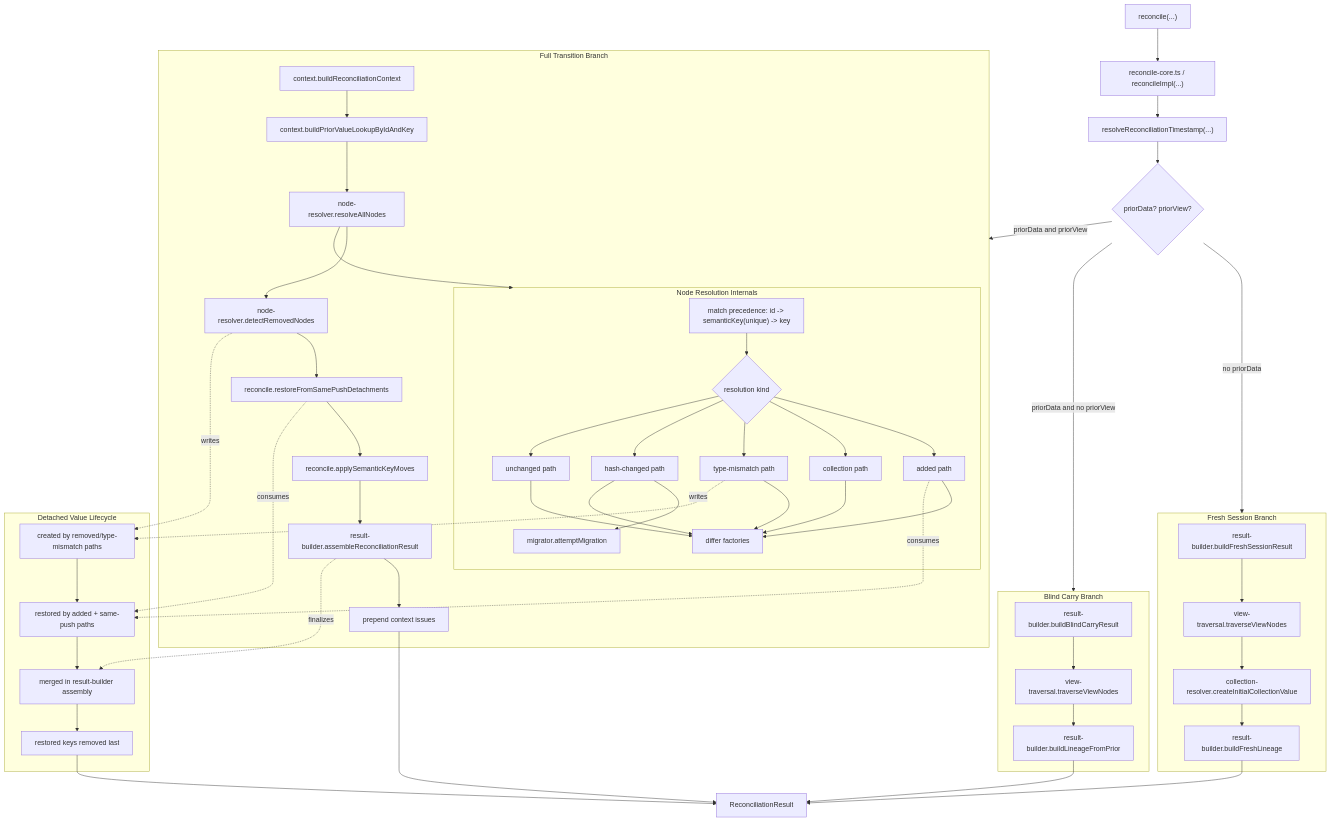
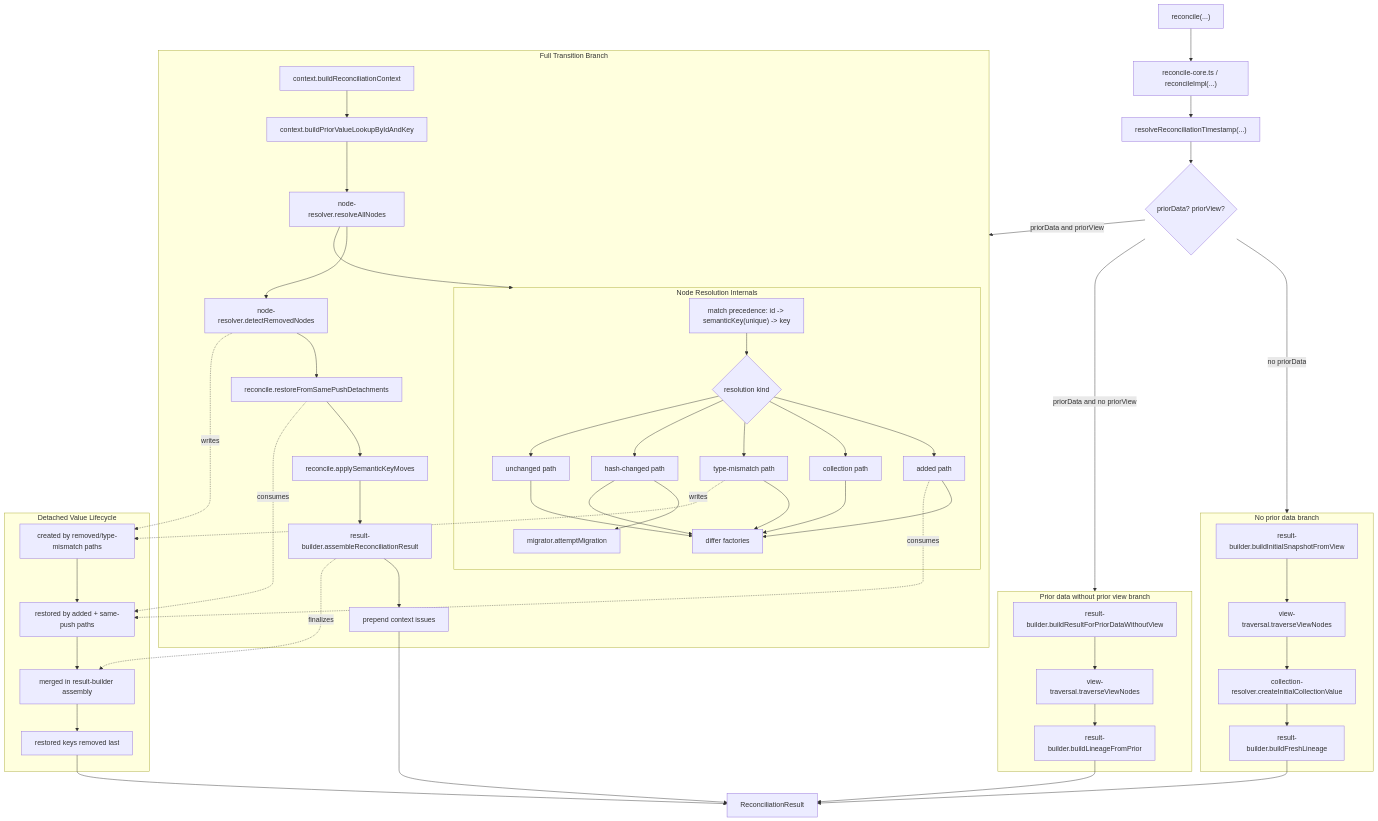
The diagram in packages/runtime/src/lib/reconciliation/README.md (brytoncooper/continuum-dev), drawn with Mermaid before and after one commit. The commit also changed other lines of this file and 26 other files, not shown here.

```diff
--- a/packages/runtime/src/lib/reconciliation/README.md
+++ b/packages/runtime/src/lib/reconciliation/README.md
@@ -68,16 +68,16 @@
 
   reconcile --> core --> time --> branch
 
-  subgraph Fresh["Fresh Session Branch"]
-    freshBuild["result-builder.buildFreshSessionResult"]
+  subgraph Fresh["No prior data branch"]
+    freshBuild["result-builder.buildInitialSnapshotFromView"]
     freshTraverse["view-traversal.traverseViewNodes"]
     freshDefaults["collection-resolver.createInitialCollectionValue"]
     freshLineage["result-builder.buildFreshLineage"]
     freshBuild --> freshTraverse --> freshDefaults --> freshLineage
   end
 
-  subgraph Blind["Blind Carry Branch"]
-    blindBuild["result-builder.buildBlindCarryResult"]
+  subgraph Blind["Prior data without prior view branch"]
+    blindBuild["result-builder.buildResultForPriorDataWithoutView"]
     blindTraverse["view-traversal.traverseViewNodes"]
     blindLineage["result-builder.buildLineageFromPrior"]
     blindBuild --> blindTraverse --> blindLineage
```
